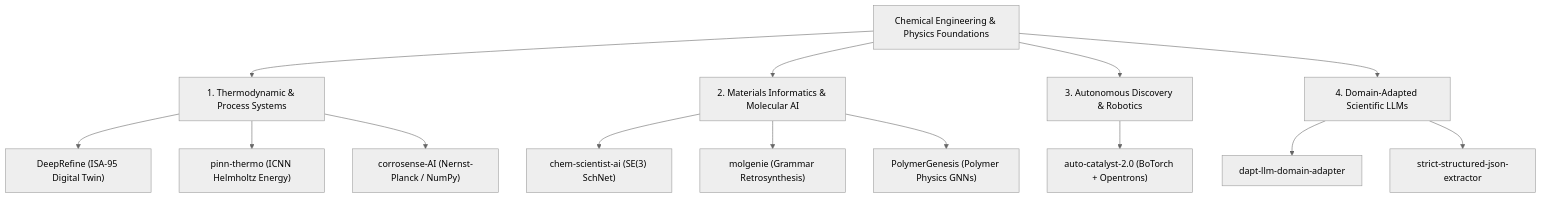
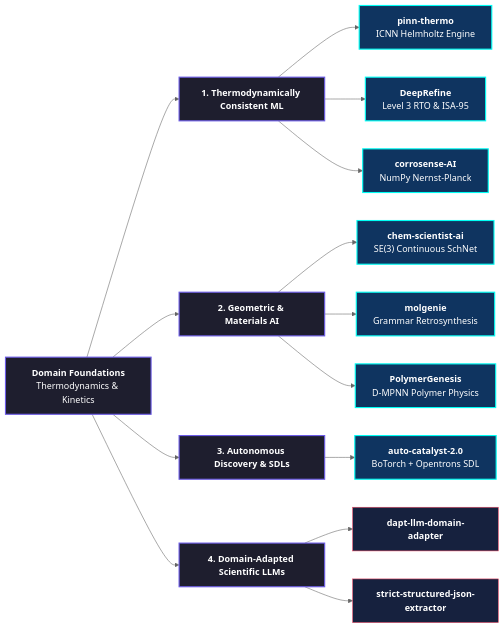
One commit to dhrubchatterjee16-lang/dhrubchatterjee16-lang changed the diagram in README.md. Above: the diagram before and after it, drawn with Mermaid (neutral theme). The commit also changed other lines of this file, not shown here.

Commit message:
feat: transform profile README into elite scientific AI portfolio

````diff
--- a/README.md
+++ b/README.md
@@ -14,20 +36,26 @@
 ```mermaid
-flowchart TD
-    A["Chemical Engineering & Physics Foundations"] --> B["1. Thermodynamic & Process Systems"]
-    A --> C["2. Materials Informatics & Molecular AI"]
-    A --> D["3. Autonomous Discovery & Robotics"]
-    A --> E["4. Domain-Adapted Scientific LLMs"]
+flowchart LR
+    classDef core fill:#1e1e2e,stroke:#6c5ce7,stroke-width:2px,color:#fff;
+    classDef flag fill:#0f3460,stroke:#00fff5,stroke-width:2px,color:#fff;
+    classDef tool fill:#16213e,stroke:#e94560,stroke-width:1px,color:#fff;
 
-    B --> B1["DeepRefine (ISA-95 Digital Twin)"]
-    B --> B2["pinn-thermo (ICNN Helmholtz Energy)"]
-    B --> B3["corrosense-AI (Nernst-Planck / NumPy)"]
+    Chem["<b>Domain Foundations</b><br/>Thermodynamics & Kinetics"]:::core
 
-    C --> C1["chem-scientist-ai (SE(3) SchNet)"]
-    C --> C2["molgenie (Grammar Retrosynthesis)"]
-    C --> C3["PolymerGenesis (Polymer Physics GNNs)"]
+    Chem --> P1["<b>1. Thermodynamically Consistent ML</b>"]:::core
+    Chem --> P2["<b>2. Geometric & Materials AI</b>"]:::core
+    Chem --> P3["<b>3. Autonomous Discovery & SDLs</b>"]:::core
+    Chem --> P4["<b>4. Domain-Adapted Scientific LLMs</b>"]:::core
 
-    D --> D1["auto-catalyst-2.0 (BoTorch + Opentrons)"]
+    P1 --> F1["<b>pinn-thermo</b><br/>ICNN Helmholtz Engine"]:::flag
+    P1 --> F2["<b>DeepRefine</b><br/>Level 3 RTO & ISA-95"]:::flag
+    P1 --> F3["<b>corrosense-AI</b><br/>NumPy Nernst-Planck"]:::flag
 
-    E --> E1["dapt-llm-domain-adapter"]
-    E --> E2["strict-structured-json-extractor"]
+    P2 --> F4["<b>chem-scientist-ai</b><br/>SE(3) Continuous SchNet"]:::flag
+    P2 --> F5["<b>molgenie</b><br/>Grammar Retrosynthesis"]:::flag
+    P2 --> F6["<b>PolymerGenesis</b><br/>D-MPNN Polymer Physics"]:::flag
+
+    P3 --> F7["<b>auto-catalyst-2.0</b><br/>BoTorch + Opentrons SDL"]:::flag
+
+    P4 --> T1["<b>dapt-llm-domain-adapter</b>"]:::tool
+    P4 --> T2["<b>strict-structured-json-extractor</b>"]:::tool
 ```
````
